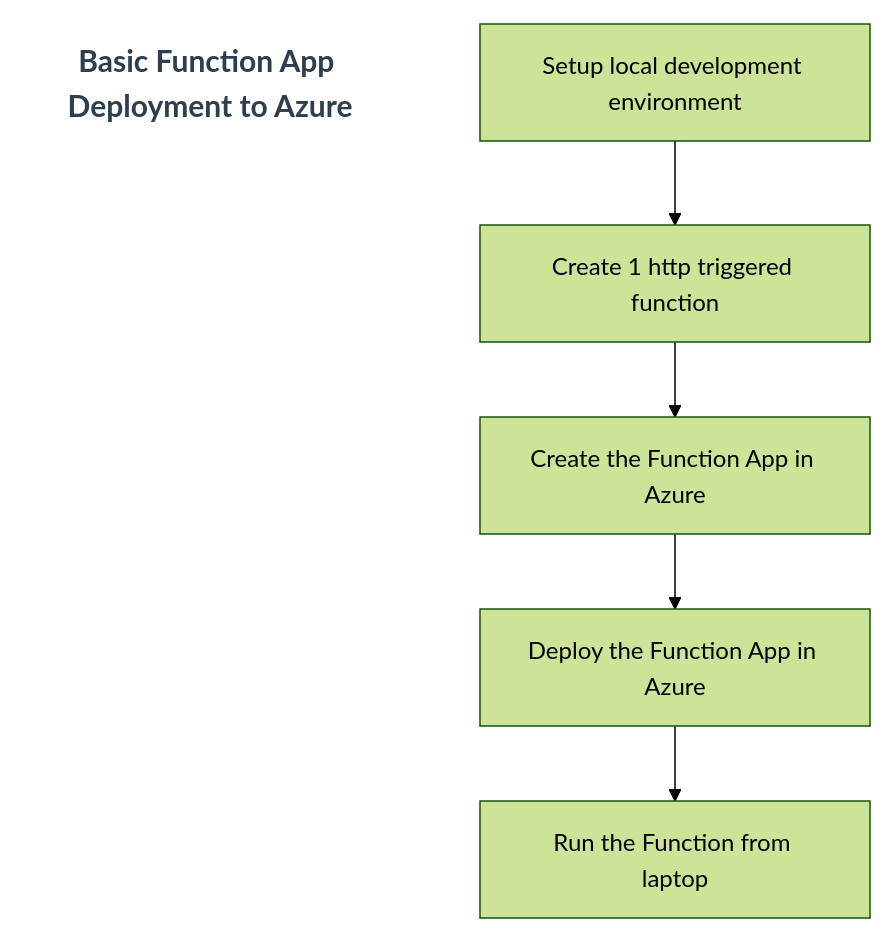
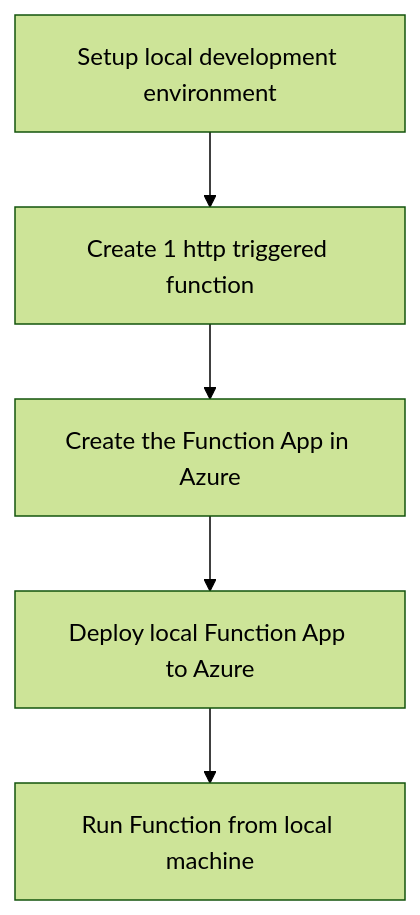
Before and after one commit to alexandrecagnon/alexandrecagnon.github.io: the diagram in posts/2026-05-25-http-azure-function-setup/index.qmd, drawn with Mermaid (forest theme). The commit also changed other lines of this file and 21 other files, not shown here.

````diff
--- a/posts/2026-05-25-http-azure-function-setup/index.qmd
+++ b/posts/2026-05-25-http-azure-function-setup/index.qmd
@@ -27,12 +25,9 @@
 ```{mermaid}
 %%| fig-width: 10
 flowchart TD
-title["<b>Basic Function App Deployment to Azure</b>"]
 
 A[Setup local development environment] --> B[Create 1 http triggered function]
 B --> C[Create the Function App in Azure]
-C --> D[Deploy the Function App in Azure]
-D --> E[Run the Function from laptop]
-
-style title fill:none,stroke:none,color:#2c3e50,font-size:20px
+C --> D[Deploy local Function App to Azure]
+D --> E[Run Function from local machine]
 ```
````
